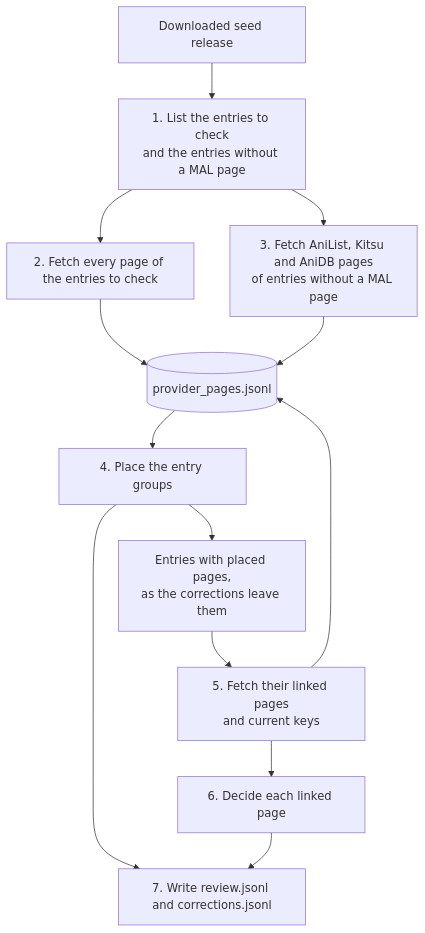
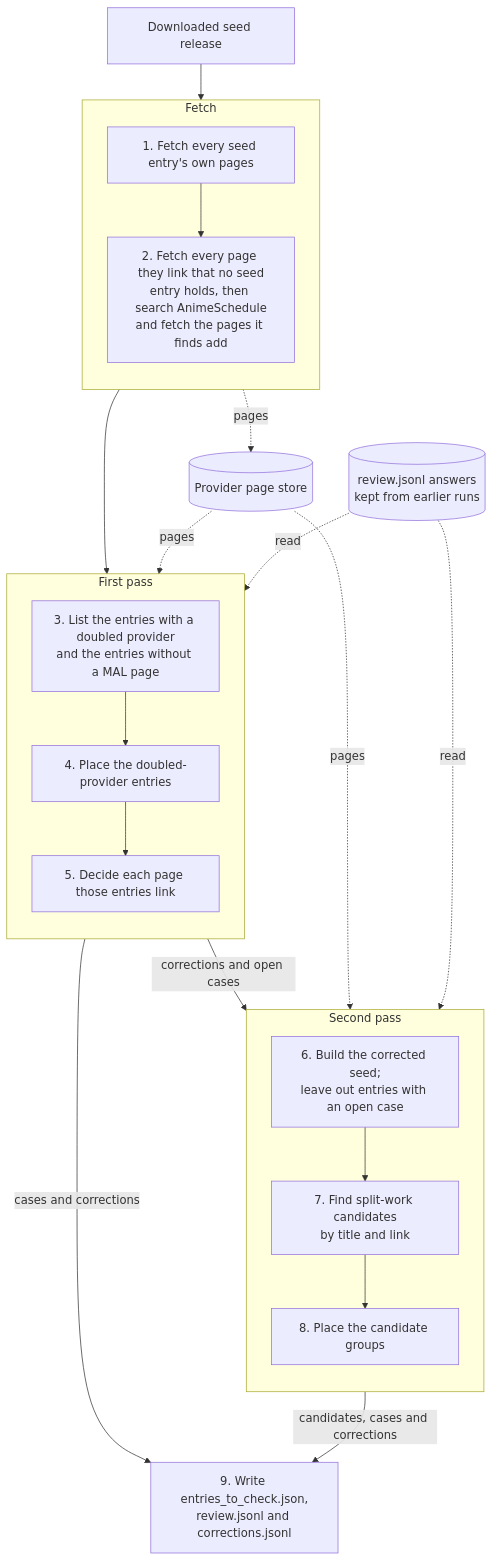
One commit to adnanaq/echora changed the first of 2 diagrams in libs/seed_cleaning/README.md. Above: the diagram before and after it, drawn with Mermaid. The commit also changed other lines of this file and 95 other files, not shown here.

First line of the commit message:
feat(ECHO-74): Finish the split-work review: candidates by links, case details and part suggestions (#62)

````diff
--- a/libs/seed_cleaning/README.md
+++ b/libs/seed_cleaning/README.md
@@ -55,15 +59,40 @@
 ```mermaid
 flowchart TD
-    seed[Downloaded seed release] --> list[1. List the entries to check<br/>and the entries without a MAL page]
-    list --> fetch_check[2. Fetch every page of the entries to check]
-    list --> fetch_without_mal[3. Fetch AniList, Kitsu and AniDB pages<br/>of entries without a MAL page]
-    fetch_check --> store[(provider_pages.jsonl)]
-    fetch_without_mal --> store
-    store --> doubled[4. Place the entry groups]
-    doubled --> placed[Entries with placed pages,<br/>as the corrections leave them]
-    placed --> fetch_linked[5. Fetch their linked pages<br/>and current keys]
-    fetch_linked --> store
-    fetch_linked --> decide[6. Decide each linked page]
-    doubled --> write[7. Write review.jsonl and corrections.jsonl]
-    decide --> write
+    seed[Downloaded seed release]
+    store[(Provider page store)]
+    answers[(review.jsonl answers<br/>kept from earlier runs)]
+
+    subgraph fetch[Fetch]
+        direction TB
+        fetch_seed[1. Fetch every seed entry's own pages]
+        fetch_linked[2. Fetch every page they link that no seed<br/>entry holds, then search AnimeSchedule<br/>and fetch the pages it finds add]
+        fetch_seed --> fetch_linked
+    end
+
+    subgraph first[First pass]
+        direction TB
+        list[3. List the entries with a doubled provider<br/>and the entries without a MAL page]
+        doubled[4. Place the doubled-provider entries]
+        decide[5. Decide each page those entries link]
+        list --> doubled --> decide
+    end
+
+    subgraph second[Second pass]
+        direction TB
+        corrected[6. Build the corrected seed;<br/>leave out entries with an open case]
+        candidates[7. Find split-work candidates<br/>by title and link]
+        split[8. Place the candidate groups]
+        corrected --> candidates --> split
+    end
+
+    seed --> fetch --> first
+    first -- corrections and open cases --> second
+    fetch -. pages .-> store
+    store -. pages .-> first
+    store -. pages .-> second
+    answers -. read .-> first
+    answers -. read .-> second
+    first -- cases and corrections --> write
+    second -- candidates, cases and corrections --> write
+    write[9. Write entries_to_check.json,<br/>review.jsonl and corrections.jsonl]
 ```
````
